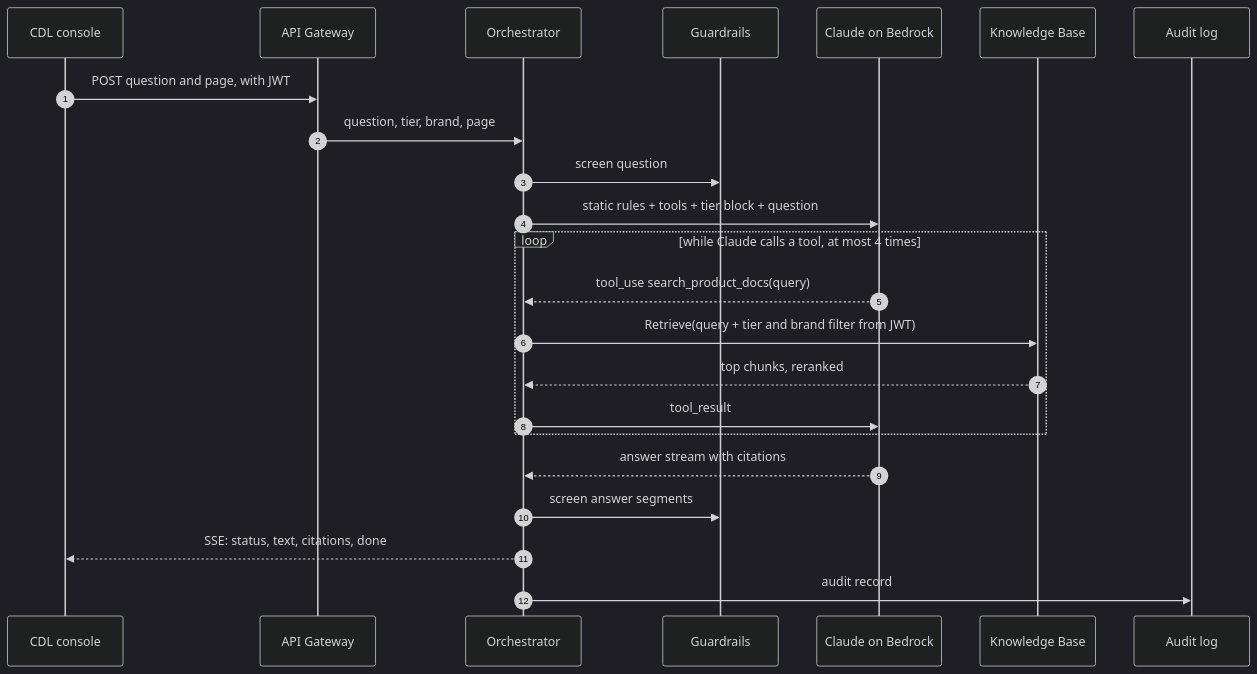
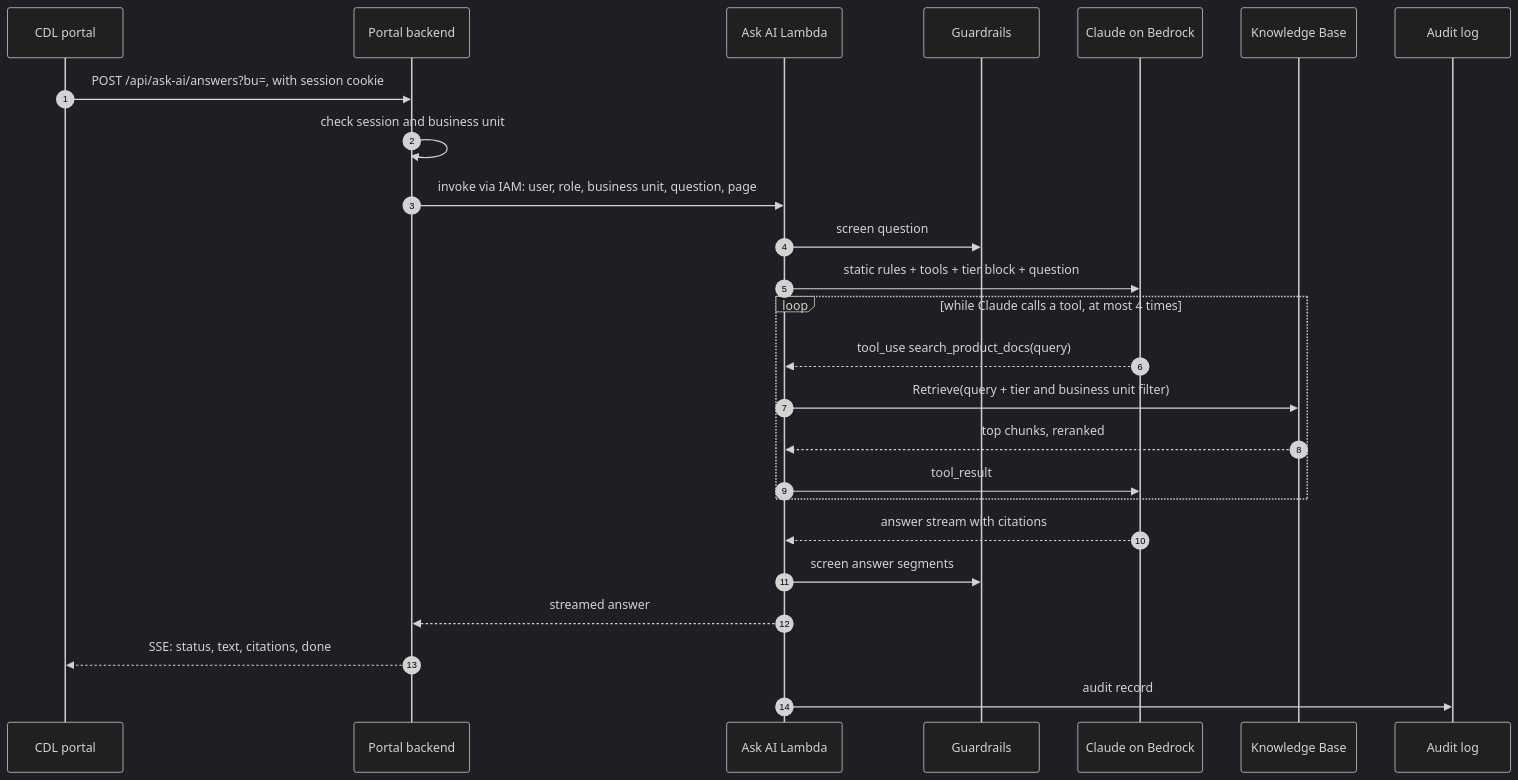
One commit to rutvik-madtech/newscorp-ask-ai changed the second of 4 diagrams in docs/ASK_AI_PLAN.md. Above: the diagram before and after it, drawn with Mermaid (dark theme). The commit also changed other lines of this file and 1 other file, not shown here.

First line of the commit message:
Ask AI: plug into the portal's existing session instead of Cognito

````diff
--- a/docs/ASK_AI_PLAN.md
+++ b/docs/ASK_AI_PLAN.md
@@ -171,25 +184,27 @@
 ```mermaid
 sequenceDiagram
   autonumber
-  participant UI as CDL console
-  participant GW as API Gateway
-  participant O as Orchestrator
+  participant UI as CDL portal
+  participant PB as Portal backend
+  participant O as Ask AI Lambda
   participant G as Guardrails
   participant C as Claude on Bedrock
   participant KB as Knowledge Base
   participant L as Audit log
-  UI->>GW: POST question and page, with JWT
-  GW->>O: question, tier, brand, page
+  UI->>PB: POST /api/ask-ai/answers?bu=, with session cookie
+  PB->>PB: check session and business unit
+  PB->>O: invoke via IAM: user, role, business unit, question, page
   O->>G: screen question
   O->>C: static rules + tools + tier block + question
   loop while Claude calls a tool, at most 4 times
     C-->>O: tool_use search_product_docs(query)
-    O->>KB: Retrieve(query + tier and brand filter from JWT)
+    O->>KB: Retrieve(query + tier and business unit filter)
     KB-->>O: top chunks, reranked
     O->>C: tool_result
   end
   C-->>O: answer stream with citations
   O->>G: screen answer segments
-  O-->>UI: SSE: status, text, citations, done
+  O-->>PB: streamed answer
+  PB-->>UI: SSE: status, text, citations, done
   O->>L: audit record
 ```
````
